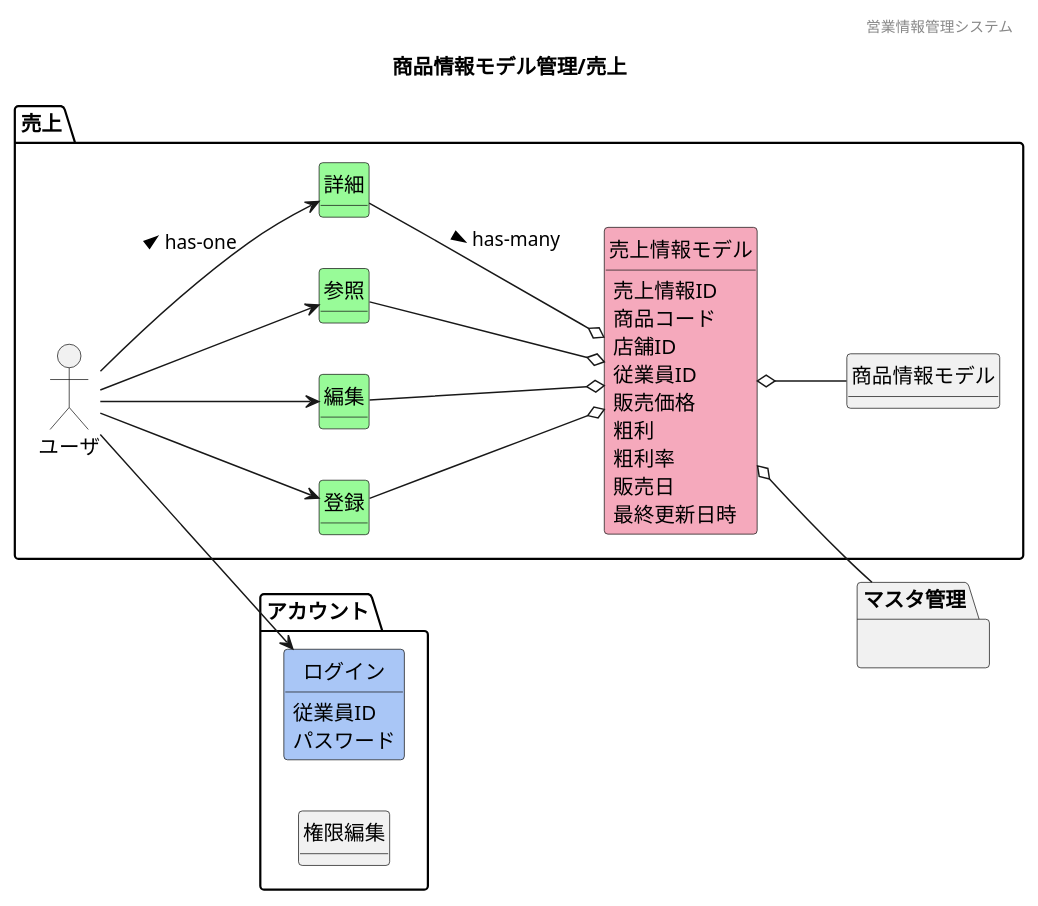
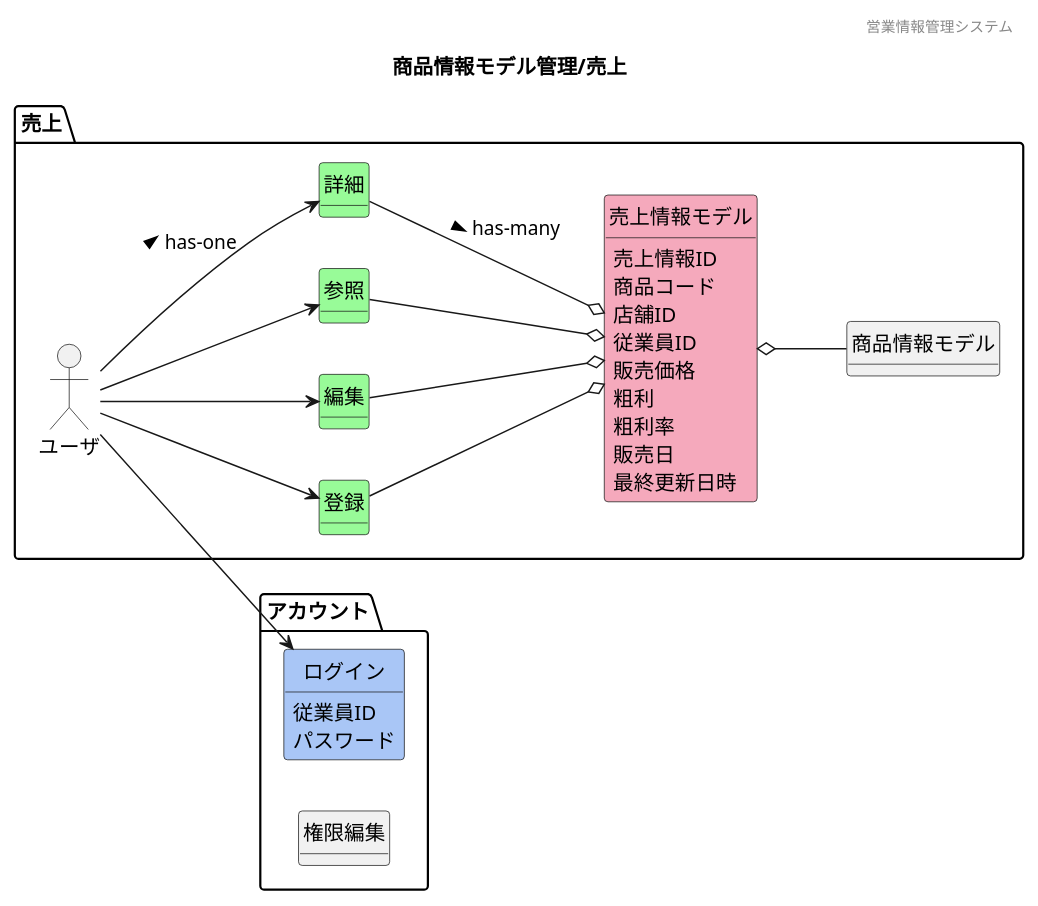
Before and after one commit to HaruShim/Sotuken: the diagram in 各種設計書/1ドメインモデル図/商品情報管理/F11売上.plantuml, drawn with PlantUML. The commit also changed 7 other files, not shown here.

```diff
--- a/各種設計書/1ドメインモデル図/商品情報管理/F11売上.plantuml
+++ b/各種設計書/1ドメインモデル図/商品情報管理/F11売上.plantuml
@@ -1,68 +1,68 @@
 @startuml images/商品情報モデル管理/売上
 ' ヘッダー
 header 営業情報管理システム
 ' タイトル
 title 商品情報モデル管理/売上
 ' 
 hide circle
 ' 
 hide method
 left to right direction
 
 package "アカウント"{
     class "ログイン" #A9C6F6
     class "権限編集"
 }
 
 package "売上" {
     'ユーザや外部システム
     mix_actor "ユーザ"
     class "登録" #98fb98
     class "編集" #98fb98
     class "参照" #98fb98
     class "詳細" #98fb98
     class "売上情報モデル" #F5A9BC
     class "商品情報モデル"
 }
-    package "マスタ管理"{
-    }
+    ' package "マスタ管理"{
+    ' }
     ' class "" #F5A9BC
     ' class "" #ffd700
 
     'モデル同士の関係
     ユーザ --> 参照
     ユーザ --> 登録
     ユーザ --> 編集
     ユーザ --> 詳細 : > has-one
     ユーザ --> ログイン
     参照 --o 売上情報モデル
     登録 --o 売上情報モデル
     編集 --o 売上情報モデル
     詳細 --o 売上情報モデル : > has-many
     売上情報モデル o-- 商品情報モデル
-    売上情報モデル o-- マスタ管理
+    ' 売上情報モデル o-- マスタ管理
 
     'ドメインクラスの属性
     ' 商品情報モデル : 型番
     ' 商品情報モデル : 商品コード
     ' 商品情報モデル : JANコード
     ' 商品情報モデル : 商品画像
     ' 商品情報モデル : 在庫場所
     ' 商品情報モデル : カテゴリ
     ' 商品情報モデル : 仕入価格
     売上情報モデル : 売上情報ID
     売上情報モデル : 商品コード
     売上情報モデル : 店舗ID
     売上情報モデル : 従業員ID
     売上情報モデル : 販売価格
     売上情報モデル : 粗利
     売上情報モデル : 粗利率
     売上情報モデル : 販売日
     売上情報モデル : 最終更新日時
     ログイン : 従業員ID
     ログイン : パスワード
 
 
 
 
 @enduml
```
